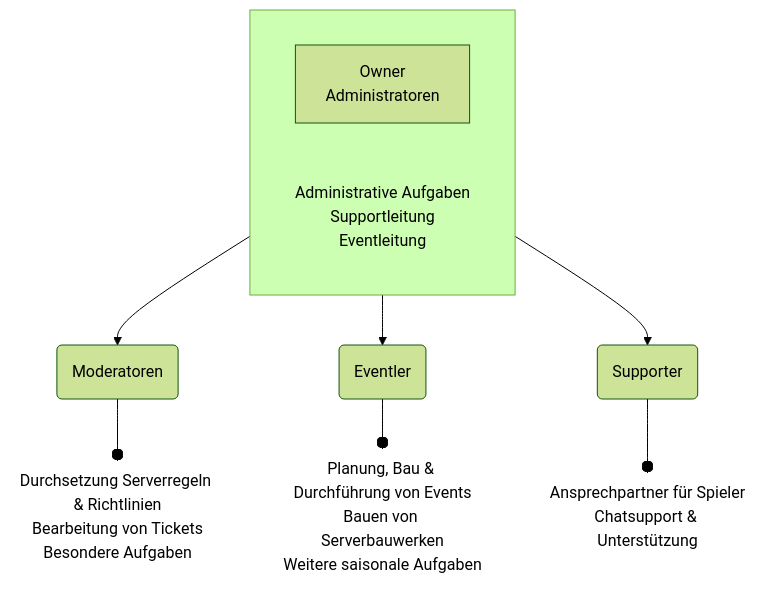
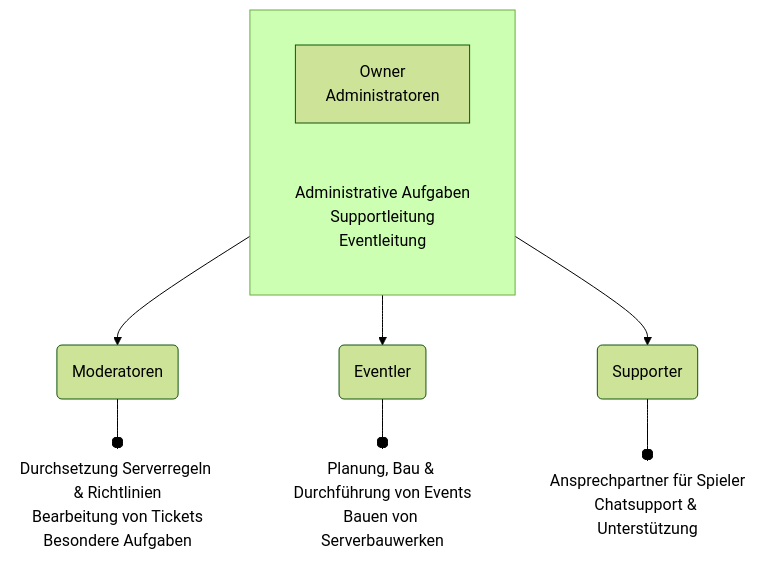
One commit to OpenMC-Server/Wiki changed the diagram in allgemeines/serverteam.md. Above: the diagram before and after it, drawn with Mermaid. The commit also changed other lines of this file, not shown here.

````diff
--- a/allgemeines/serverteam.md
+++ b/allgemeines/serverteam.md
@@ -107,24 +104,24 @@
 ```mermaid
 %%{init: { 'theme': 'forest' }}%%
 flowchart TB
  subgraph s2["<br>"]
         n3["Owner<br>Administratoren"]
         n9@{ label: "<span style=\"color:\">Administrative Aufgaben</span><br style=\"--tw-scale-x:\"><span style=\"color:\">Supportleitung</span><br style=\"--tw-scale-x:\"><span style=\"color:\">Eventleitung</span>" }
   end
     s2 --> D["Moderatoren"]
     s2 L_s2_B_0@-- <br> --> B("Eventler") & E["Supporter"]
     E --o n7["Ansprechpartner für Spieler<br>Chatsupport &amp; Unterstützung"]
-    B --o n6["Planung, Bau &amp; Durchführung von Events<br>Bauen von Serverbauwerken<br>Weitere saisonale Aufgaben"]
+    B --o n6["Planung, Bau &amp; Durchführung von Events<br>Bauen von Serverbauwerken"]
     D --o n8["Durchsetzung Serverregeln &amp; Richtlinien<br>Bearbeitung von Tickets<br>Besondere Aufgaben"]
     n9@{ shape: text}
     D@{ shape: rounded}
     E@{ shape: rounded}
     n7@{ shape: text}
     n6@{ shape: text}
     n8@{ shape: text}
     click n3 "https://wiki.openmc.net/allgemeines/serverteam/#owner-1"
     click D "https://wiki.openmc.net/allgemeines/serverteam/#moderatoren-1"
     click B "https://wiki.openmc.net/allgemeines/serverteam/#eventler-1"
     click E "https://wiki.openmc.net/allgemeines/serverteam/#supporter-1"
     L_s2_B_0@{ animation: none }
 ```
````
